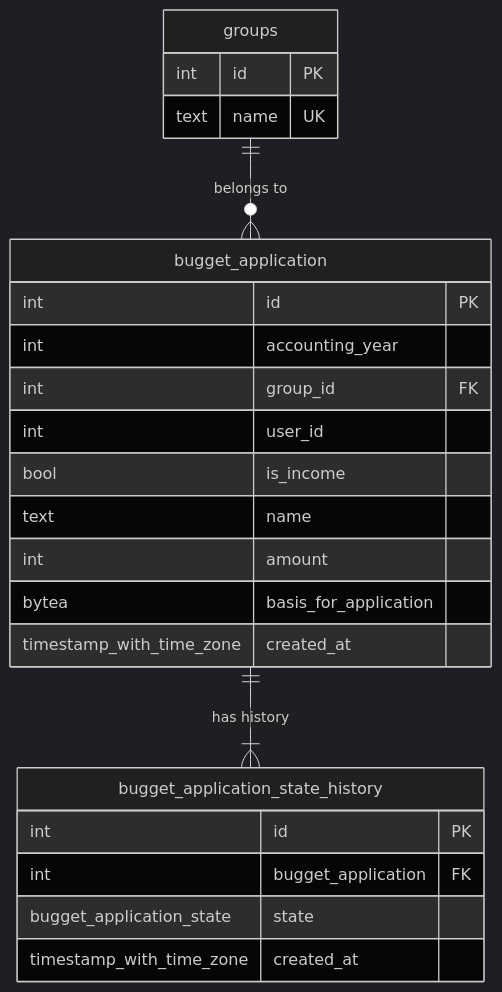
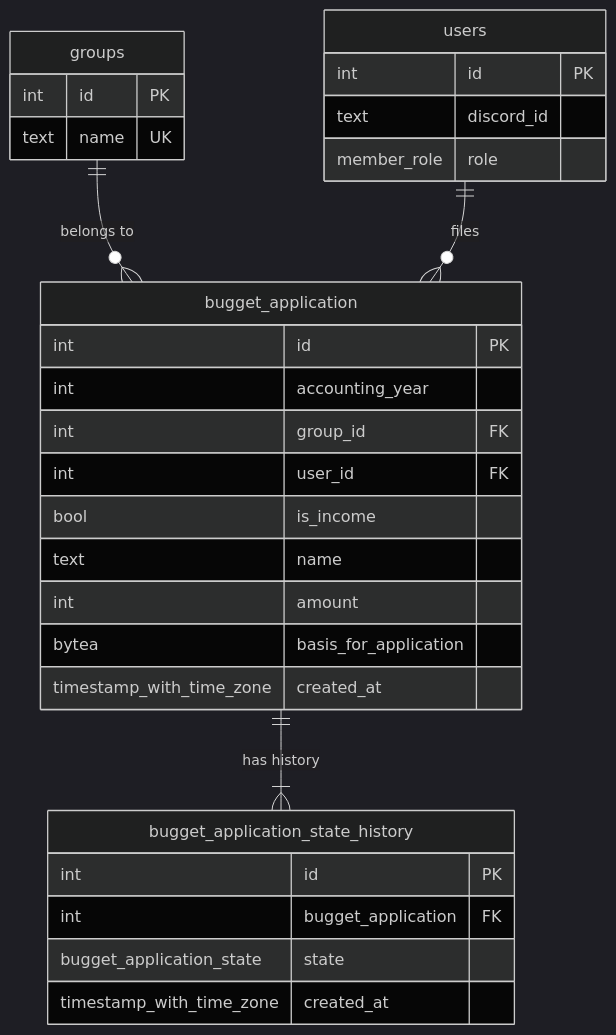
Before and after one commit to ToYama170402/CasRuBuggetManagerDBTestImpl: the diagram in README.md, drawn with Mermaid (dark theme). The commit also changed other lines of this file, not shown here.

Commit message:
READMEのER図を修正

````diff
--- a/README.md
+++ b/README.md
@@ -12,29 +12,36 @@
 ```mermaid
 erDiagram
-    groups ||--o{ bugget_application : "belongs to"
-    bugget_application ||--|{ bugget_application_state_history : "has history"
+  groups ||--o{ bugget_application : "belongs to"
+  users ||--o{ bugget_application : "files"
+  bugget_application ||--|{ bugget_application_state_history : "has history"
 
-    groups {
-        int id PK
-        text name UK
-    }
+  groups {
+    int id PK
+    text name UK
+  }
 
-    bugget_application {
-        int id PK
-        int accounting_year
-        int group_id FK
-        int user_id
-        bool is_income
-        text name
-        int amount
-        bytea basis_for_application
-        timestamp_with_time_zone created_at
-    }
+  users {
+    int id PK
+    text discord_id
+    member_role role
+  }
 
-    bugget_application_state_history {
-        int id PK
-        int bugget_application FK
-        bugget_application_state state
-        timestamp_with_time_zone created_at
-    }
+  bugget_application {
+    int id PK
+    int accounting_year
+    int group_id FK
+    int user_id FK
+    bool is_income
+    text name
+    int amount
+    bytea basis_for_application
+    timestamp_with_time_zone created_at
+  }
+
+  bugget_application_state_history {
+    int id PK
+    int bugget_application FK
+    bugget_application_state state
+    timestamp_with_time_zone created_at
+  }
 ```
````
